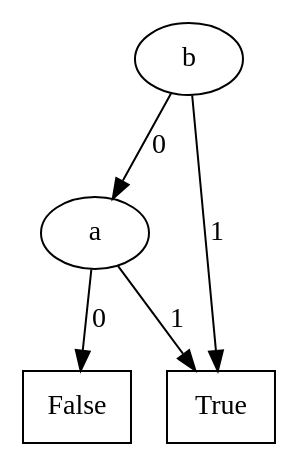
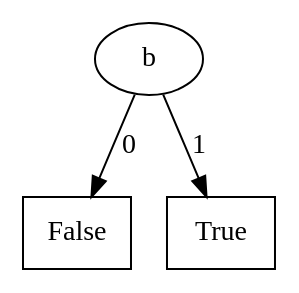
One commit to lputruele/tesis changed the diagram in Mu-calculus_model_checker/f11.dot. Above: the diagram before and after it, drawn with Graphviz. The commit also changed 37 other files, not shown here.

```diff
--- a/Mu-calculus_model_checker/f11.dot
+++ b/Mu-calculus_model_checker/f11.dot
@@ -1,23 +1,15 @@
 digraph BDD {
 node[shape=oval];
-3[label="b"];
-2[label="a"];
+2[label="b"];
 node[shape=rectangle];
 0[label=False];
 node[shape=oval];
 
 2->0[label=0];
 node[shape=rectangle];
 1[label=True];
 node[shape=oval];
 
 2->1[label=1];
 
-3->2[label=0];
-node[shape=rectangle];
-1[label=True];
-node[shape=oval];
-
-3->1[label=1];
-
 }
```
